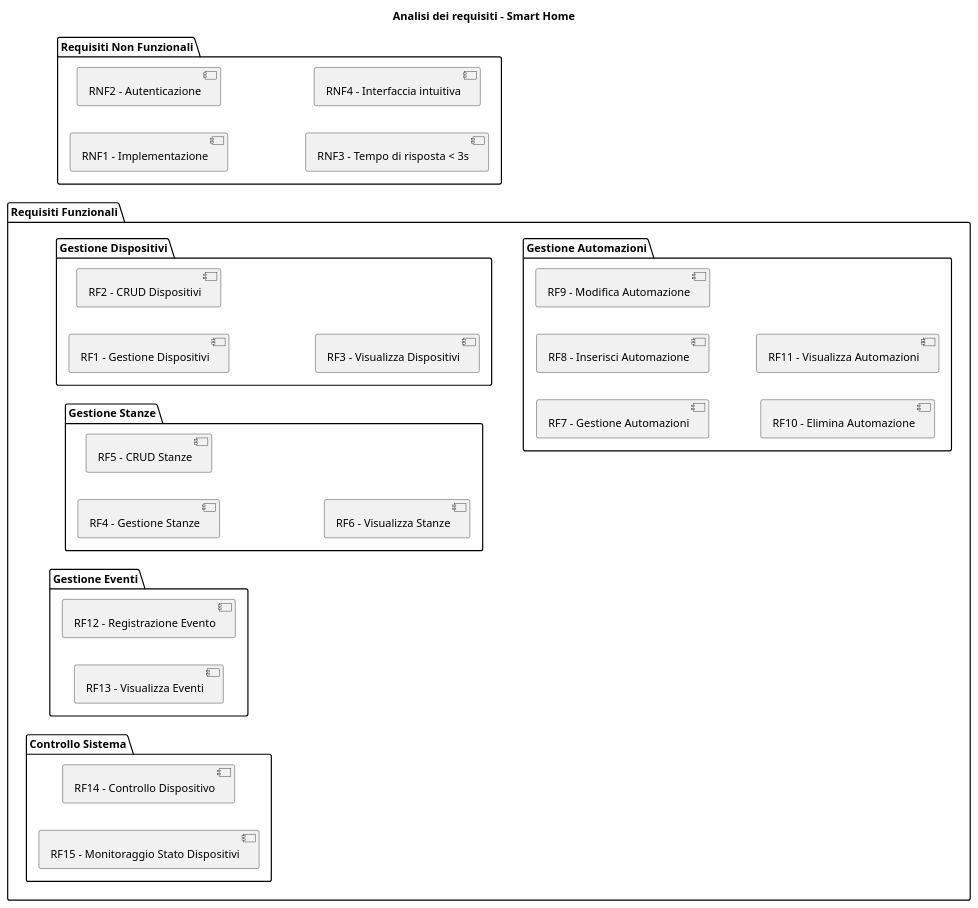
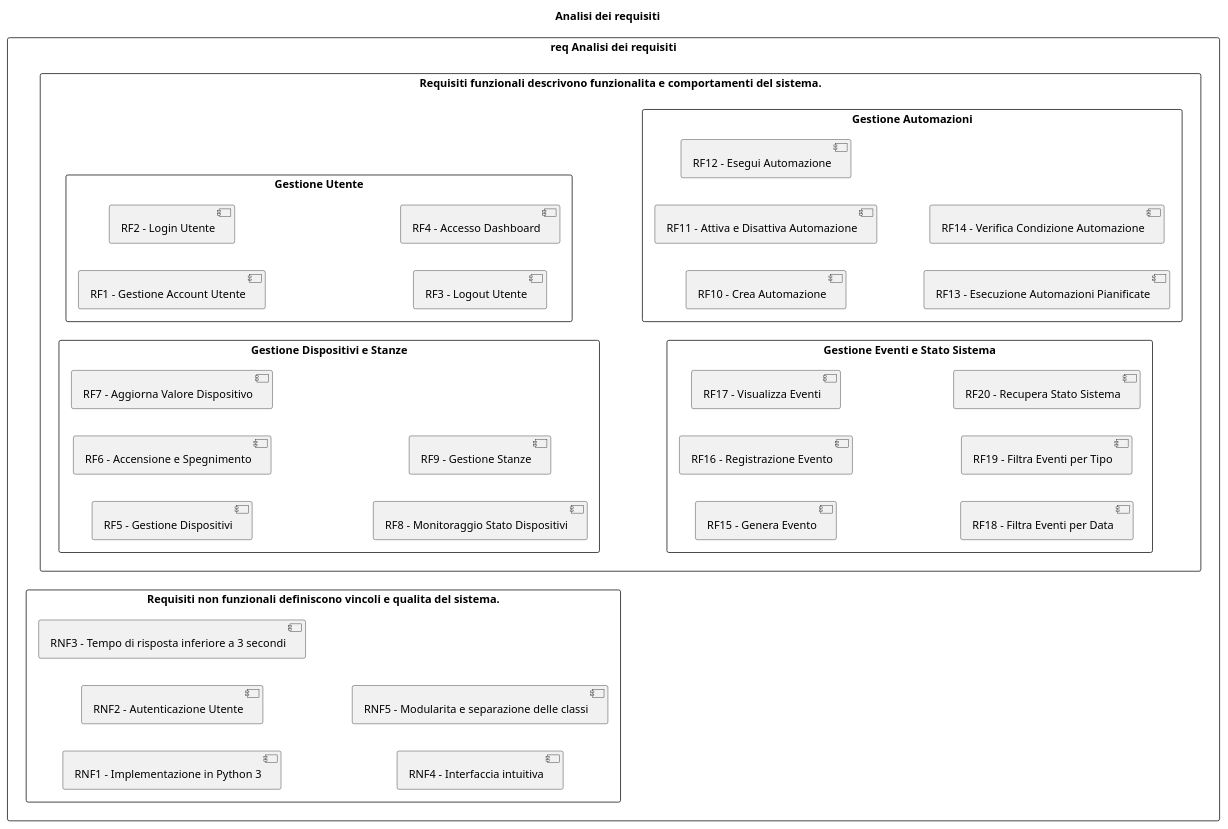
Before and after one commit to LapoCremonesi/ingegneria_del_software: the diagram in puml/analisi_requisiti.puml, drawn with PlantUML. The commit also changed 16 other files, not shown here.

```diff
--- a/puml/analisi_requisiti.puml
+++ b/puml/analisi_requisiti.puml
@@ -1,48 +1,54 @@
 @startuml
-title Analisi dei requisiti - Smart Home
+title Analisi dei requisiti
 
 left to right direction
+skinparam packageStyle rectangle
+skinparam shadowing false
 
-package "Requisiti Funzionali" {
+package "req Analisi dei requisiti" {
 
-  package "Gestione Dispositivi" {
-    [RF1 - Gestione Dispositivi]
-    [RF2 - CRUD Dispositivi]
-    [RF3 - Visualizza Dispositivi]
+  package "Requisiti funzionali descrivono funzionalita e comportamenti del sistema." as RF_ALL {
+
+    package "Gestione Utente" as RF_USER {
+      [RF1 - Gestione Account Utente]
+      [RF2 - Login Utente]
+      [RF3 - Logout Utente]
+      [RF4 - Accesso Dashboard]
+    }
+
+    package "Gestione Dispositivi e Stanze" as RF_DEV_ROOM {
+      [RF5 - Gestione Dispositivi]
+      [RF6 - Accensione e Spegnimento]
+      [RF7 - Aggiorna Valore Dispositivo]
+      [RF8 - Monitoraggio Stato Dispositivi]
+      [RF9 - Gestione Stanze]
+    }
+
+    package "Gestione Automazioni" as RF_AUT {
+      [RF10 - Crea Automazione]
+      [RF11 - Attiva e Disattiva Automazione]
+      [RF12 - Esegui Automazione]
+      [RF13 - Esecuzione Automazioni Pianificate]
+      [RF14 - Verifica Condizione Automazione]
+    }
+
+    package "Gestione Eventi e Stato Sistema" as RF_LOG_STATUS {
+      [RF15 - Genera Evento]
+      [RF16 - Registrazione Evento]
+      [RF17 - Visualizza Eventi]
+      [RF18 - Filtra Eventi per Data]
+      [RF19 - Filtra Eventi per Tipo]
+      [RF20 - Recupera Stato Sistema]
+    }
   }
 
-  package "Gestione Stanze" {
-    [RF4 - Gestione Stanze]
-    [RF5 - CRUD Stanze]
-    [RF6 - Visualizza Stanze]
-  }
-
-  package "Gestione Automazioni" {
-    [RF7 - Gestione Automazioni]
-    [RF8 - Inserisci Automazione]
-    [RF9 - Modifica Automazione]
-    [RF10 - Elimina Automazione]
-    [RF11 - Visualizza Automazioni]
-  }
-
-  package "Gestione Eventi" {
-    [RF12 - Registrazione Evento]
-    [RF13 - Visualizza Eventi]
-  }
-
-  package "Controllo Sistema" {
-    [RF14 - Controllo Dispositivo]
-    [RF15 - Monitoraggio Stato Dispositivi]
+  package "Requisiti non funzionali definiscono vincoli e qualita del sistema." as RNF_ALL {
+    [RNF1 - Implementazione in Python 3]
+    [RNF2 - Autenticazione Utente]
+    [RNF3 - Tempo di risposta inferiore a 3 secondi]
+    [RNF4 - Interfaccia intuitiva]
+    [RNF5 - Modularita e separazione delle classi]
   }
 }
 
-package "Requisiti Non Funzionali" {
-
-  [RNF1 - Implementazione]
-  [RNF2 - Autenticazione]
-  [RNF3 - Tempo di risposta < 3s]
-  [RNF4 - Interfaccia intuitiva]
-
-}
-
 @enduml
```
